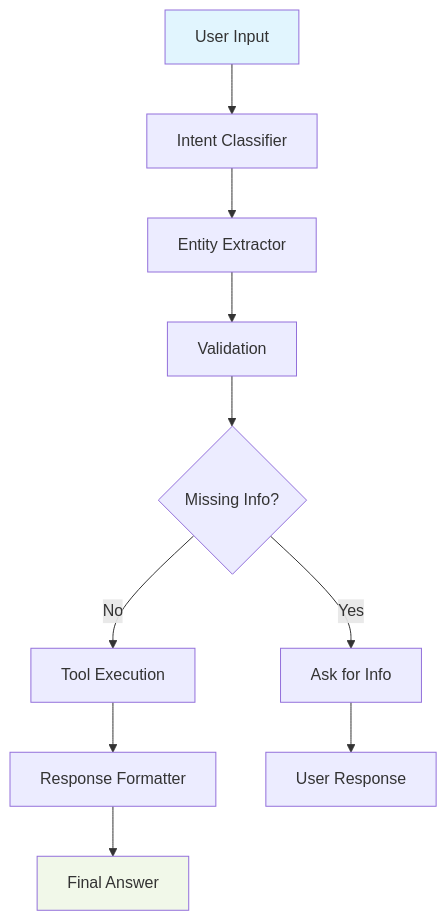
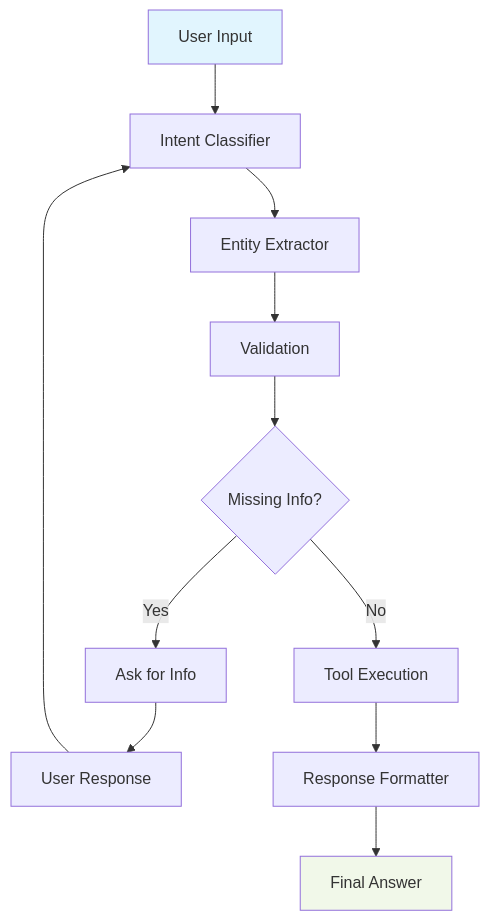
The diagram in README.md (Sribhuvan-25/Health-Agent), drawn with Mermaid before and after one commit.

Commit message:
Fix README diagram to show proper cyclic flow

````diff
--- a/README.md
+++ b/README.md
@@ -37,15 +37,16 @@
 ```mermaid
 graph TD
     A[User Input] --> B[Intent Classifier]
-    B --> C[Entity Extractor]
+    B --> C[Entity Extractor]  
     C --> D[Validation]
     D --> E{Missing Info?}
     E -->|Yes| F[Ask for Info]
     E -->|No| G[Tool Execution]
+    F --> I[User Response]
+    I --> B
     G --> H[Response Formatter]
-    F --> I[User Response]
     H --> J[Final Answer]
     
     style A fill:#e1f5fe
     style J fill:#f1f8e9
 ```
````
